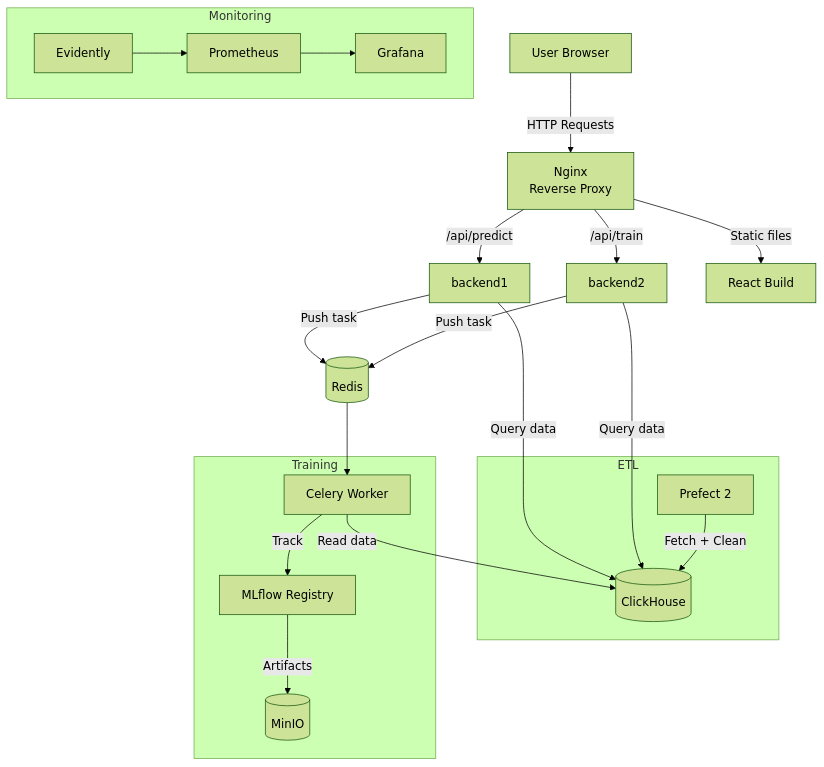
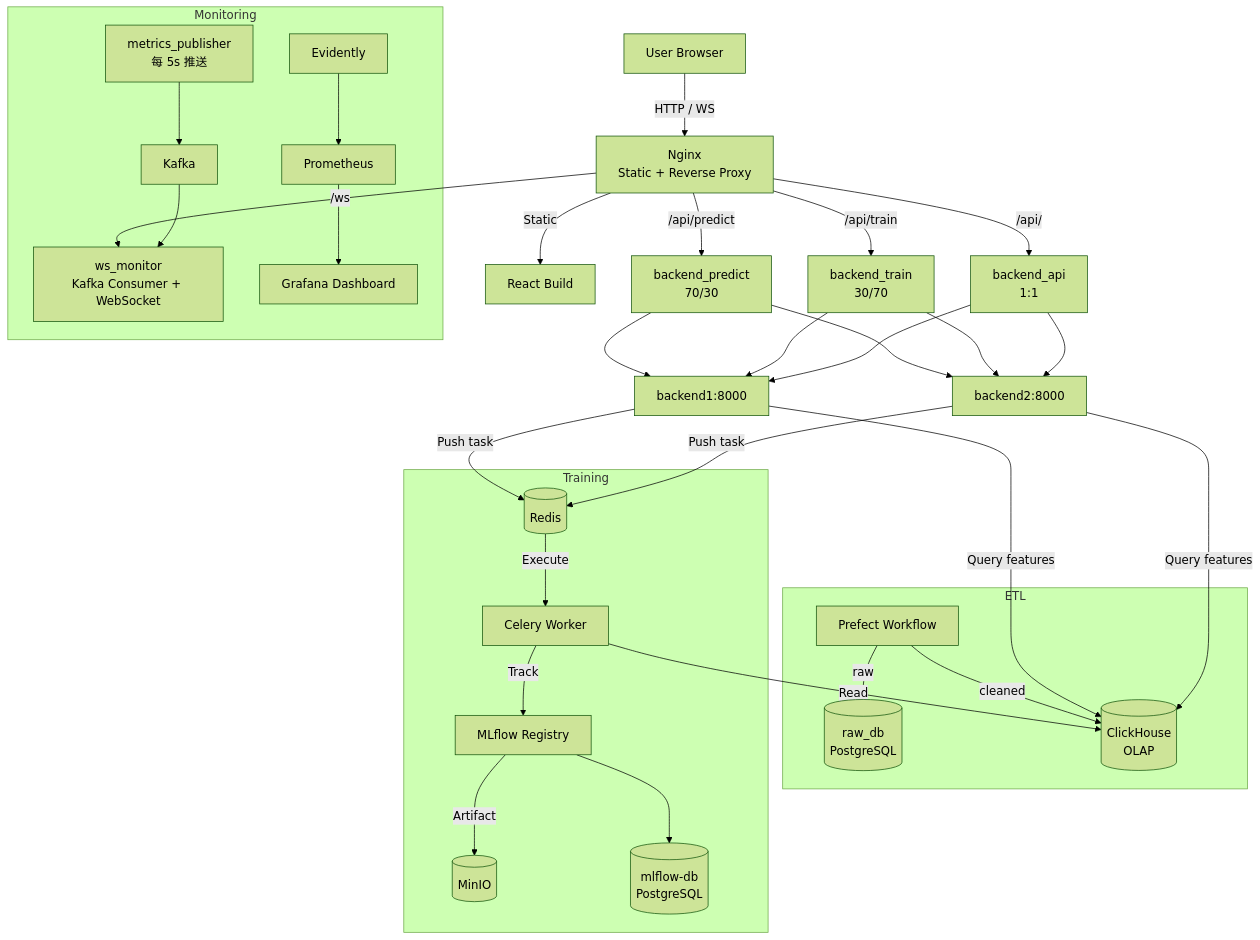
One commit to a920604a/engineernews changed the diagram in src/content/posts/tech/2026-04-23-stock-mlops.md. Above: the diagram before and after it, drawn with Mermaid (forest theme). The commit also changed other lines of this file and 468 other files, not shown here.

````diff
--- a/src/content/posts/tech/2026-04-23-stock-mlops.md
+++ b/src/content/posts/tech/2026-04-23-stock-mlops.md
@@ -38,27 +69,40 @@
 ```mermaid
 graph TD
-  U[User Browser] -->|"HTTP Requests"| NG[Nginx\nReverse Proxy]
-  NG -->|"/api/predict"| B1[backend1]
-  NG -->|"/api/train"| B2[backend2]
-  NG -->|"Static files"| Static[React Build]
+  U[User Browser] -->|HTTP / WS| NG[Nginx<br>Static + Reverse Proxy]
 
-  B1 & B2 -->|"Query data"| CH[("ClickHouse")]
-  B1 & B2 -->|"Push task"| Redis[("Redis")]
+  NG -->|/api/predict| UP1[backend_predict<br>70/30]
+  NG -->|/api/train| UP2[backend_train<br>30/70]
+  NG -->|/api/| UP3[backend_api<br>1:1]
+  NG -->|/ws| W[ws_monitor<br>Kafka Consumer + WebSocket]
+  NG -->|Static| Static[React Build]
+
+  UP1 --> B1[backend1:8000]
+  UP1 --> B2[backend2:8000]
+  UP2 --> B1
+  UP2 --> B2
+  UP3 --> B1
+  UP3 --> B2
 
   subgraph ETL
-    Prefect[Prefect 2] -->|"Fetch + Clean"| CH
+    P[Prefect Workflow] -->|raw| D1[(raw_db<br>PostgreSQL)]
+    P -->|cleaned| D2[("ClickHouse<br>OLAP")]
   end
 
+  B1 & B2 -->|Query features| D2
+  B1 & B2 -->|Push task| E[(Redis)]
+
   subgraph Training
-    Celery[Celery Worker] -->|"Read data"| CH
-    Celery -->|"Track"| MLflow[MLflow Registry]
-    MLflow -->|"Artifacts"| MinIO[("MinIO")]
+    E -->|Execute| L[Celery Worker]
+    L -->|Read| D2
+    L -->|Track| H[MLflow Registry]
+    H -->|Artifact| S[(MinIO)]
+    H --> D3[(mlflow-db<br>PostgreSQL)]
   end
 
-  Redis --> Celery
-
   subgraph Monitoring
-    Prometheus --> Grafana
-    Evidently --> Prometheus
+    M[Evidently] --> J[Prometheus]
+    J --> K[Grafana Dashboard]
+    Q[metrics_publisher<br>每 5s 推送] --> KAF[Kafka]
+    KAF --> W
   end
 ```
````
